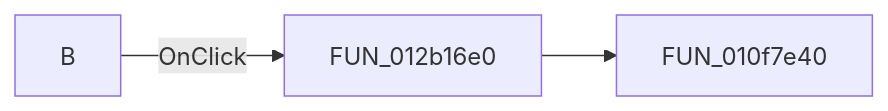
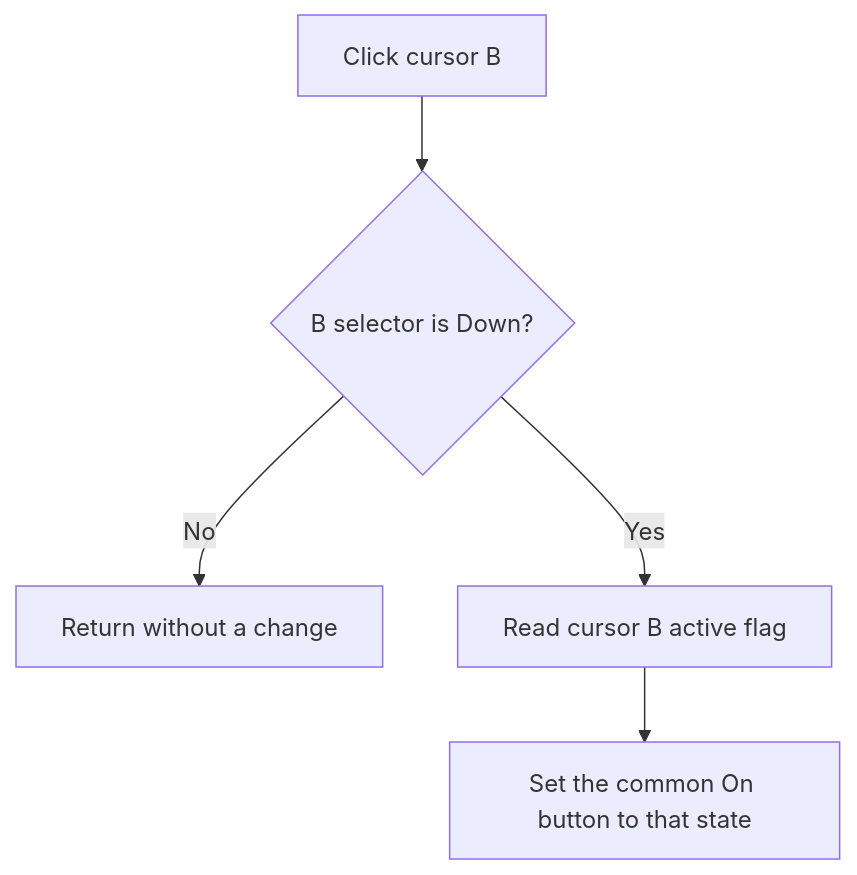
Before and after one commit to MovGP0/TIARA: the diagram in docs/ui-controls/scopewin/fcursorbselectbtn-ea279a2830.md, drawn with Mermaid. The commit also changed other lines of this file and 1062 other files, not shown here.

````diff
--- a/docs/ui-controls/scopewin/fcursorbselectbtn-ea279a2830.md
+++ b/docs/ui-controls/scopewin/fcursorbselectbtn-ea279a2830.md
@@ -27,5 +29,7 @@
 ```mermaid
-flowchart LR
-    control["B"] -->|OnClick| handler["FUN_012b16e0"]
-    handler --> call1["FUN_010f7e40"]
+flowchart TD
+    control["Click cursor B"] --> selected{"B selector is Down?"}
+    selected -->|No| noAction["Return without a change"]
+    selected -->|Yes| active["Read cursor B active flag"]
+    active --> sync["Set the common On button to that state"]
 ```
````
